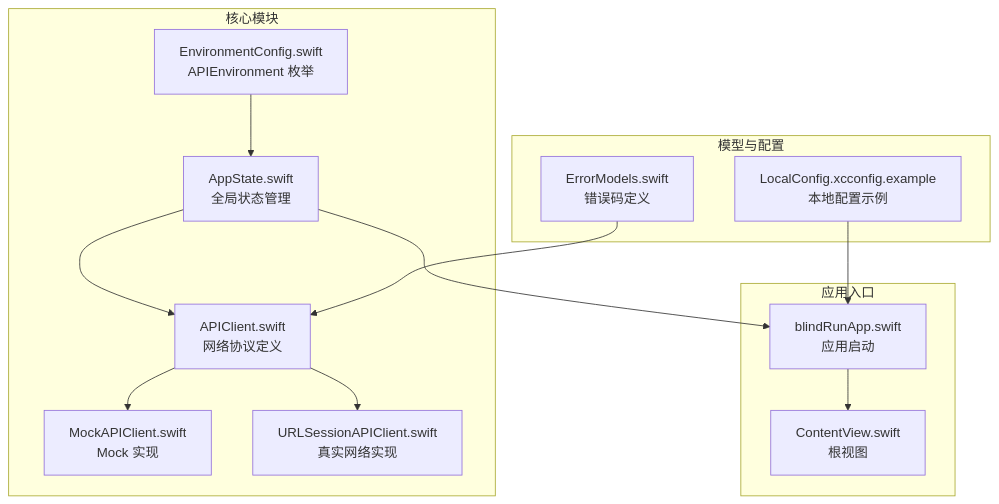
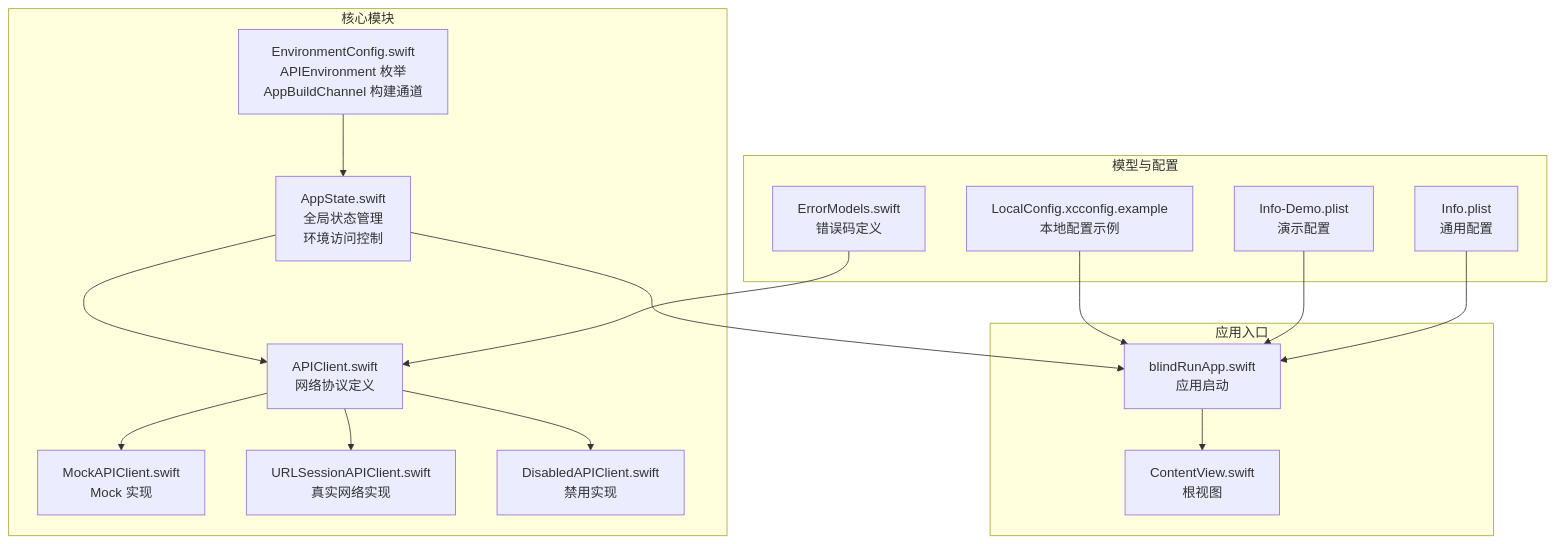
The first of 8 diagrams in .qoder/repowiki/zh/content/架构设计/API 环境配置.md (Jayden23018/blind-run-ios), drawn with Mermaid before and after one commit. The commit also changed other lines of this file and 20 other files, not shown here.

Commit message:
Implement demo and production iOS build channel strategy

````diff
--- a/.qoder/repowiki/zh/content/架构设计/API 环境配置.md
+++ b/.qoder/repowiki/zh/content/架构设计/API 环境配置.md
@@ -45,26 +51,32 @@
 ```mermaid
 graph TB
 subgraph "核心模块"
-A["EnvironmentConfig.swift<br/>APIEnvironment 枚举"]
-B["AppState.swift<br/>全局状态管理"]
+A["EnvironmentConfig.swift<br/>APIEnvironment 枚举<br/>AppBuildChannel 构建通道"]
+B["AppState.swift<br/>全局状态管理<br/>环境访问控制"]
 C["APIClient.swift<br/>网络协议定义"]
 D["MockAPIClient.swift<br/>Mock 实现"]
 E["URLSessionAPIClient.swift<br/>真实网络实现"]
+F["DisabledAPIClient.swift<br/>禁用实现"]
 end
 subgraph "应用入口"
-F["blindRunApp.swift<br/>应用启动"]
-G["ContentView.swift<br/>根视图"]
+G["blindRunApp.swift<br/>应用启动"]
+H["ContentView.swift<br/>根视图"]
 end
 subgraph "模型与配置"
-H["ErrorModels.swift<br/>错误码定义"]
-I["LocalConfig.xcconfig.example<br/>本地配置示例"]
+I["ErrorModels.swift<br/>错误码定义"]
+J["LocalConfig.xcconfig.example<br/>本地配置示例"]
+K["Info-Demo.plist<br/>演示配置"]
+L["Info.plist<br/>通用配置"]
 end
 A --> B
 B --> C
 C --> D
 C --> E
-F --> G
-B --> F
-H --> C
-I --> F
+C --> F
+G --> H
+B --> G
+I --> C
+J --> G
+K --> G
+L --> G
 ```
````
